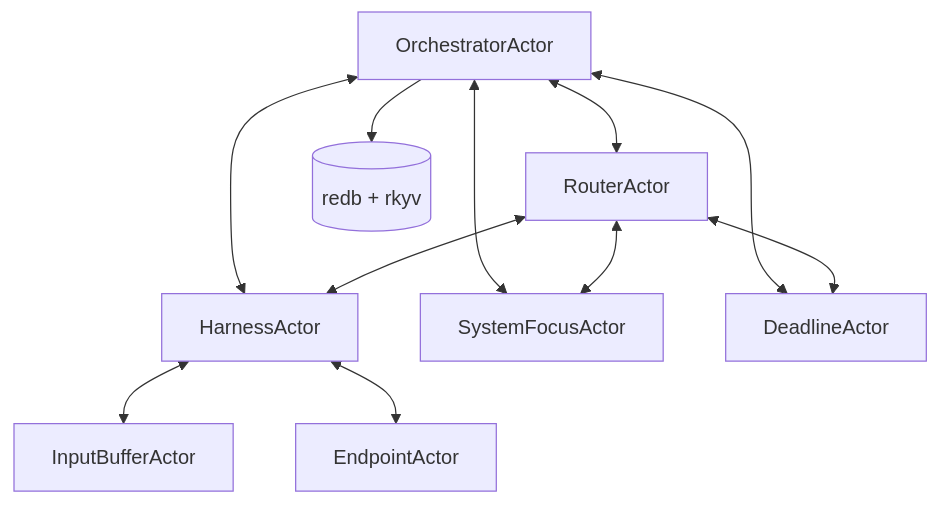
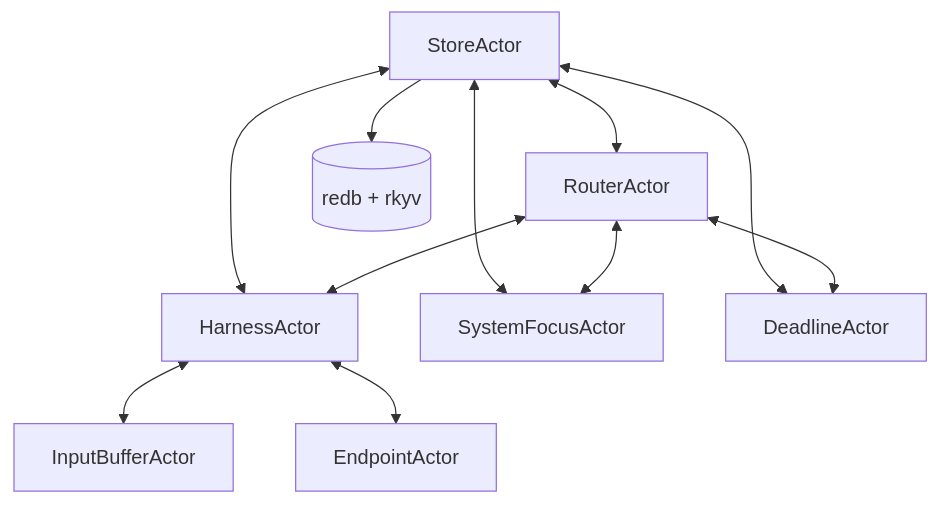
Diagram 13 of 16 in reports/operator/9-persona-message-router-architecture.md (LiGoldragon/primary), drawn with Mermaid before and after one commit. The commit also changed other lines of this file and 1 other file, not shown here.

Commit message:
address Persona router architecture audit

````diff
--- a/reports/operator/9-persona-message-router-architecture.md
+++ b/reports/operator/9-persona-message-router-architecture.md
@@ -418,22 +444,22 @@
 ```mermaid
 flowchart TB
-    orchestrate["OrchestratorActor"]
+    store["StoreActor"]
     router["RouterActor"]
     harness["HarnessActor"]
     focus["SystemFocusActor"]
     input["InputBufferActor"]
     deadline["DeadlineActor"]
     endpoint["EndpointActor"]
     db[("redb + rkyv")]
 
-    orchestrate <--> router
-    orchestrate <--> harness
-    orchestrate <--> focus
-    orchestrate <--> deadline
-    orchestrate --> db
+    store <--> router
+    store <--> harness
+    store <--> focus
+    store <--> deadline
+    store --> db
     router <--> harness
     router <--> focus
     router <--> deadline
     harness <--> input
     harness <--> endpoint
 ```
````
